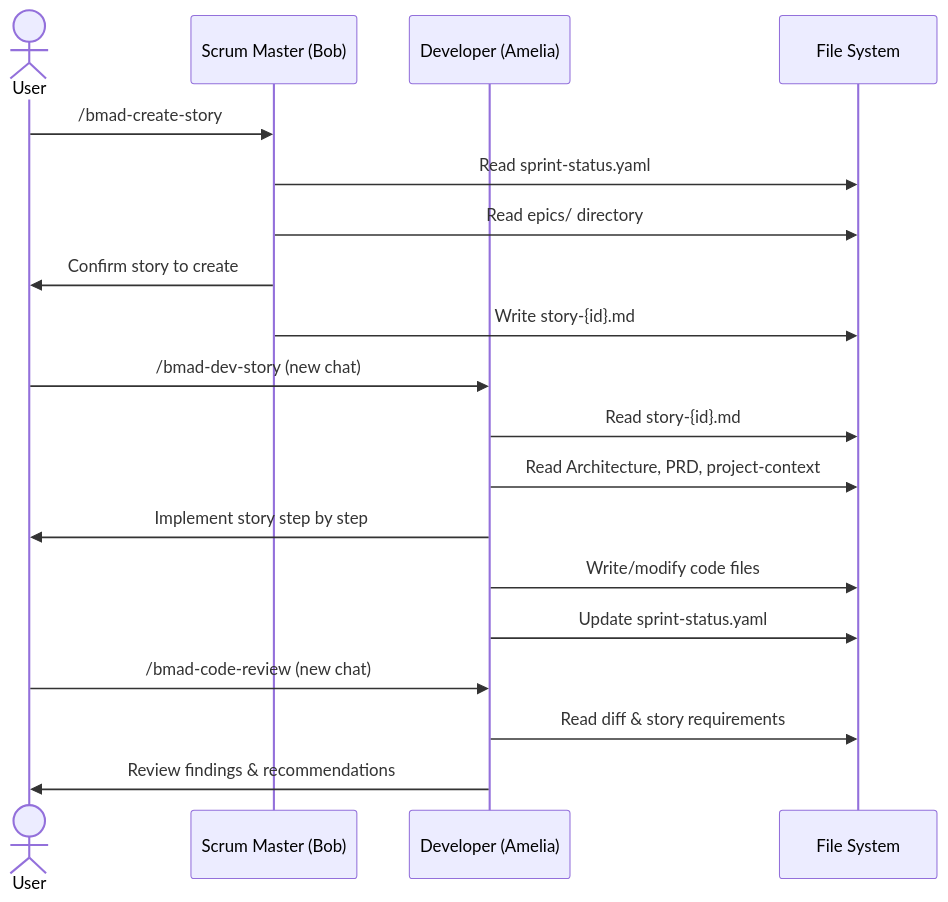
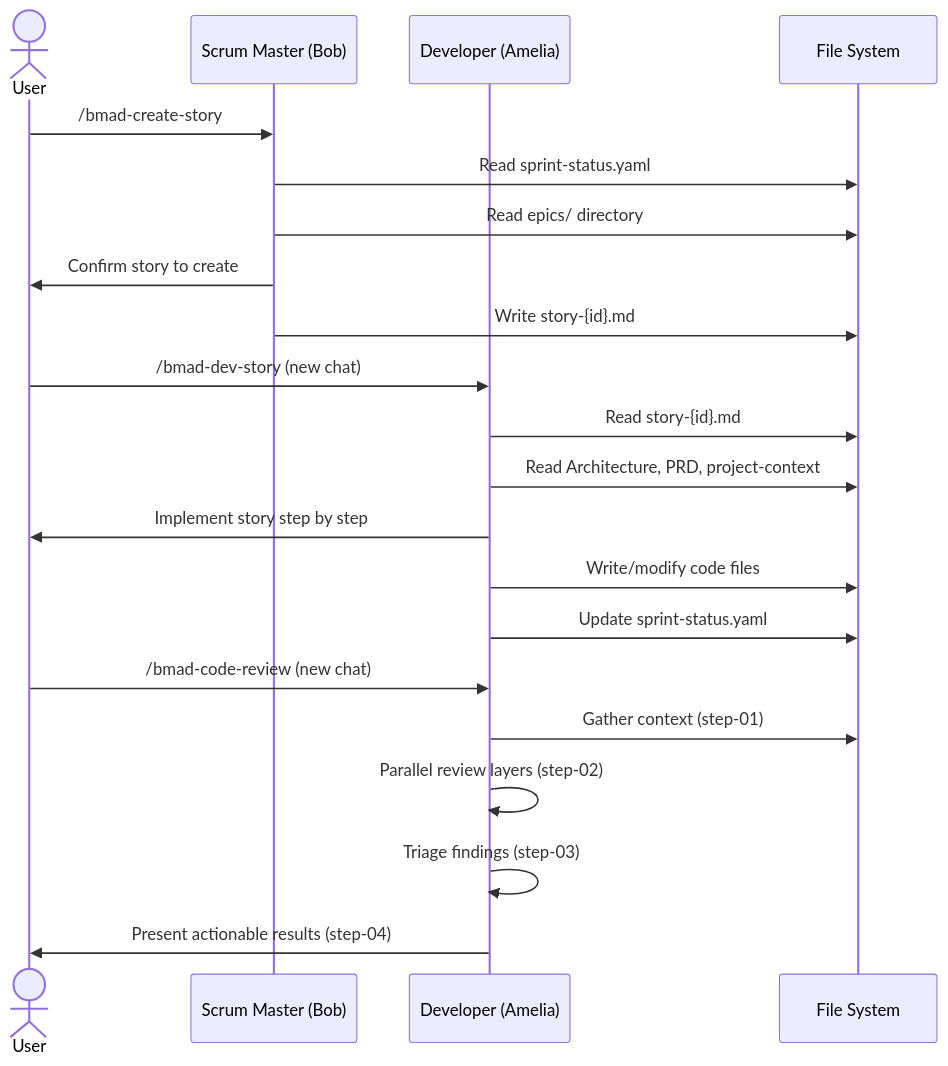
The fourth of 10 diagrams in vn/bmad-method/1. Architecture and Logic.md (thientranhung/agentic-coding-lab), drawn with Mermaid before and after one commit. The commit also changed other lines of this file and 14 other files, not shown here.

````diff
--- a/vn/bmad-method/1. Architecture and Logic.md
+++ b/vn/bmad-method/1. Architecture and Logic.md
@@ -142,24 +135,26 @@
 ```mermaid
 sequenceDiagram
     actor User
     participant SM as Scrum Master (Bob)
     participant DEV as Developer (Amelia)
     participant FS as File System
 
     User->>SM: /bmad-create-story
     SM->>FS: Read sprint-status.yaml
     SM->>FS: Read epics/ directory
     SM->>User: Confirm story to create
     SM->>FS: Write story-{id}.md
 
     User->>DEV: /bmad-dev-story (new chat)
     DEV->>FS: Read story-{id}.md
     DEV->>FS: Read Architecture, PRD, project-context
     DEV->>User: Implement story step by step
     DEV->>FS: Write/modify code files
     DEV->>FS: Update sprint-status.yaml
 
     User->>DEV: /bmad-code-review (new chat)
-    DEV->>FS: Read diff & story requirements
-    DEV->>User: Review findings & recommendations
+    DEV->>FS: Gather context (step-01)
+    DEV->>DEV: Parallel review layers (step-02)
+    DEV->>DEV: Triage findings (step-03)
+    DEV->>User: Present actionable results (step-04)
 ```
````
